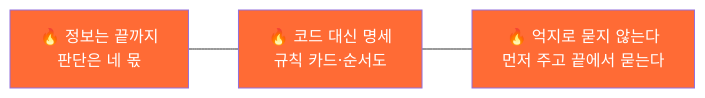
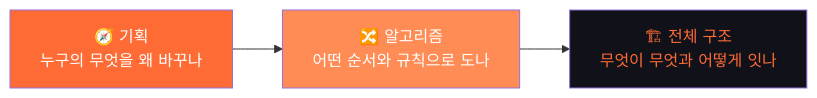
One commit to Collegenie-X/askback changed the second of 15 diagrams in 틴스파크AI_기획문서.md. Above: the diagram before and after it, drawn with Mermaid. The commit also changed other lines of this file and 23 other files, not shown here.

````diff
--- a/틴스파크AI_기획문서.md
+++ b/틴스파크AI_기획문서.md
@@ -97,10 +64,10 @@
 ```mermaid
 flowchart LR
-  R1["🔥 정보는 끝까지<br/>판단은 네 몫"]
-  R2["🔥 코드 대신 명세<br/>규칙 카드·순서도"]
-  R3["🔥 억지로 묻지 않는다<br/>먼저 주고 끝에서 묻는다"]
-  R1 --- R2 --- R3
-  style R1 fill:#FF6B35,color:#fff
-  style R2 fill:#FF6B35,color:#fff
-  style R3 fill:#FF6B35,color:#fff
+  A["🧭 기획<br/>누구의 무엇을 왜 바꾸나"]
+  B["🔀 알고리즘<br/>어떤 순서와 규칙으로 도나"]
+  C["🏗 전체 구조<br/>무엇이 무엇과 어떻게 잇나"]
+  A --> B --> C
+  style A fill:#FF6B35,color:#ffffff
+  style B fill:#FF8C55,color:#ffffff
+  style C fill:#111119,color:#FF6B35
 ```
````
